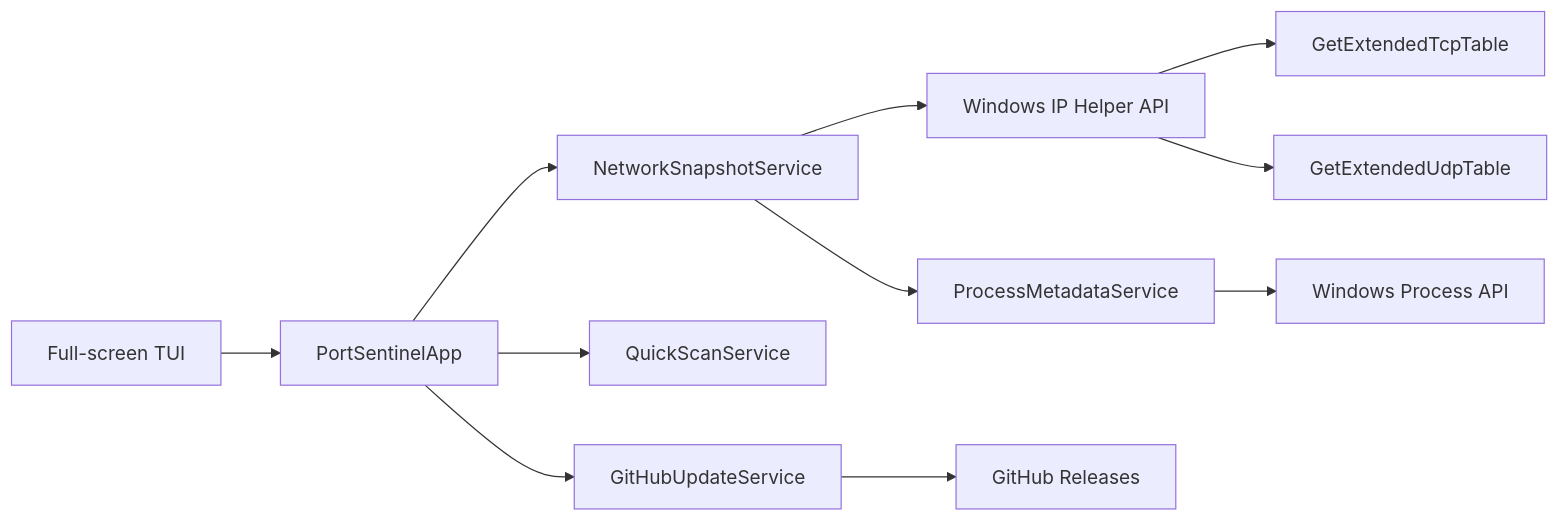
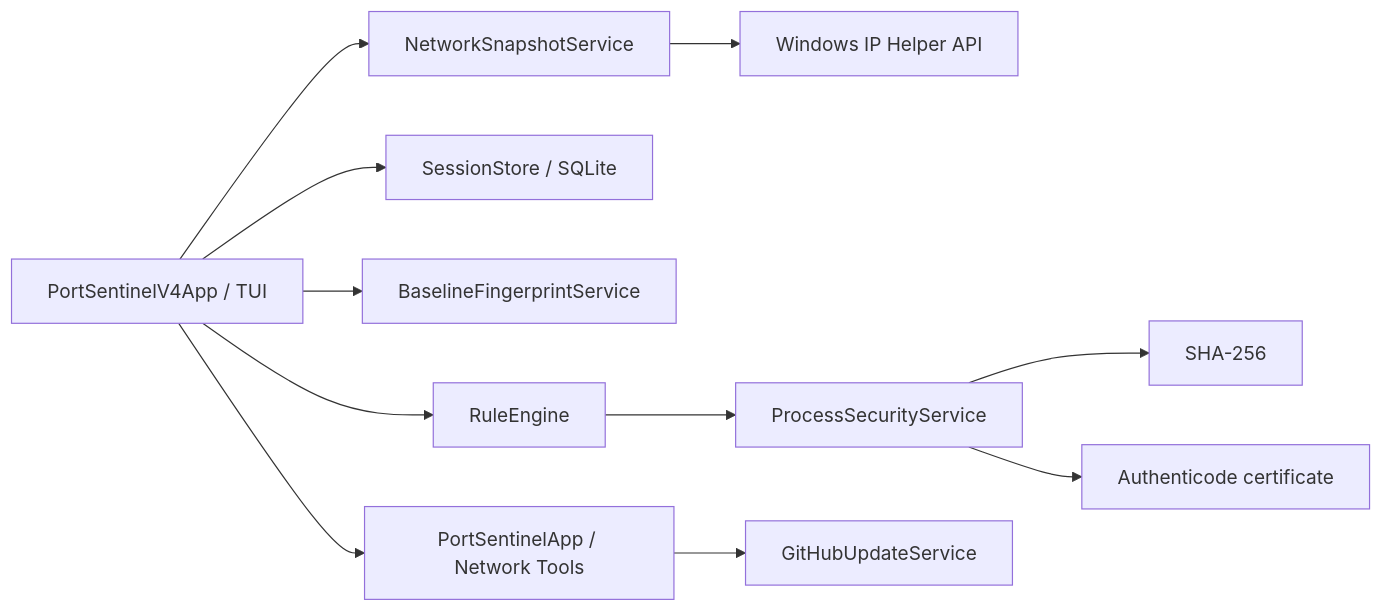
Before and after one commit to Onmaynec/PortSentinel: the diagram in docs/ARCHITECTURE.md, drawn with Mermaid. The commit also changed other lines of this file, not shown here.

Commit message:
docs: document v0.4.0 architecture

````diff
--- a/docs/ARCHITECTURE.md
+++ b/docs/ARCHITECTURE.md
@@ -7,13 +5,13 @@
 ```mermaid
 flowchart LR
-    UI[Full-screen TUI] --> APP[PortSentinelApp]
-    APP --> SNAP[NetworkSnapshotService]
+    UI[PortSentinelV4App / TUI] --> SNAP[NetworkSnapshotService]
     SNAP --> API[Windows IP Helper API]
-    API --> TCP[GetExtendedTcpTable]
-    API --> UDP[GetExtendedUdpTable]
-    SNAP --> META[ProcessMetadataService]
-    META --> PROC[Windows Process API]
-    APP --> SCAN[QuickScanService]
-    APP --> UPDATE[GitHubUpdateService]
-    UPDATE --> RELEASES[GitHub Releases]
+    UI --> STORE[SessionStore / SQLite]
+    UI --> BASE[BaselineFingerprintService]
+    UI --> RULES[RuleEngine]
+    RULES --> ENRICH[ProcessSecurityService]
+    ENRICH --> HASH[SHA-256]
+    ENRICH --> SIGN[Authenticode certificate]
+    UI --> LEGACY[PortSentinelApp / Network Tools]
+    LEGACY --> UPDATE[GitHubUpdateService]
 ```
````
